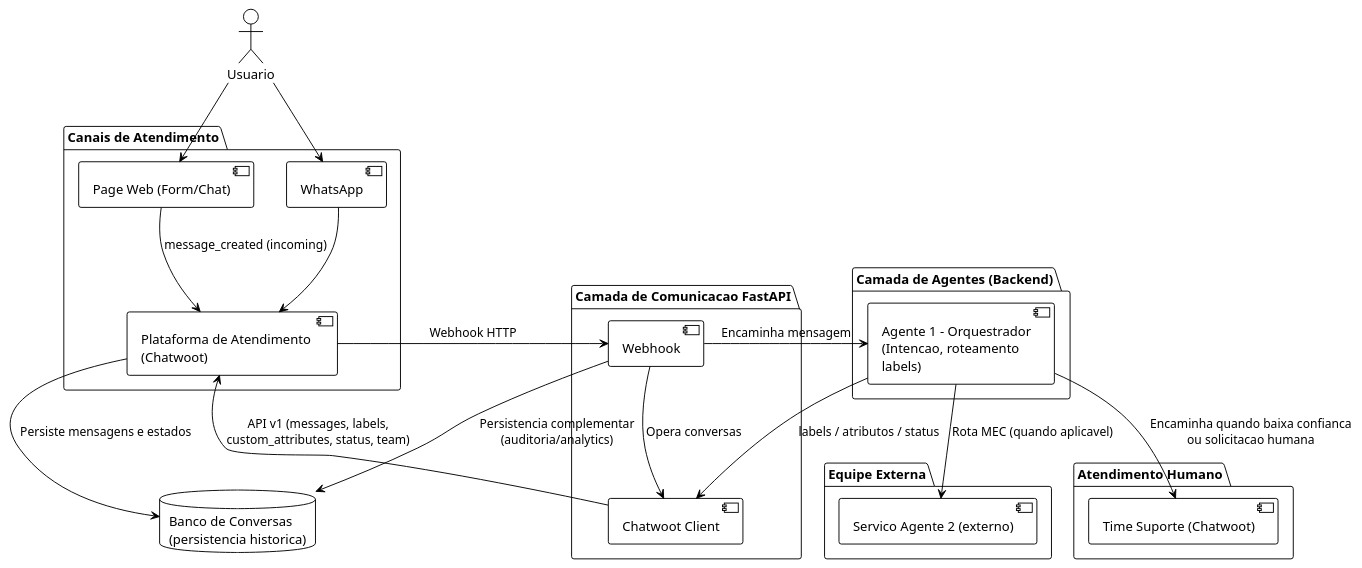
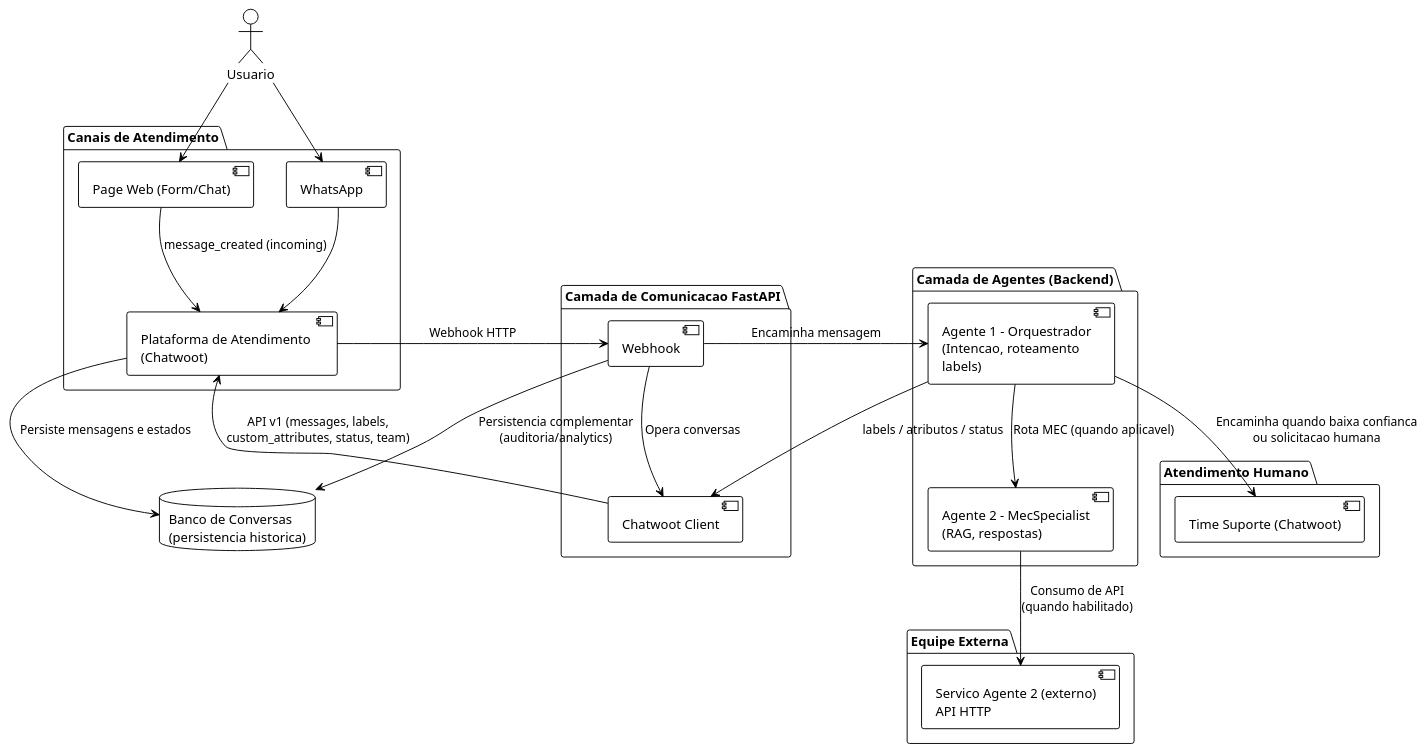
Before and after one commit to eltonsarmanho/FastAPIChatWoot: the diagram in Diagrama/Arquitetura.wsd, drawn with PlantUML.

Commit message:
feat: Update architecture diagram to clarify Agente2 and Agente2Externo roles

```diff
--- a/Diagrama/Arquitetura.wsd
+++ b/Diagrama/Arquitetura.wsd
@@ -1,55 +1,57 @@
 @startuml
 !theme plain
 top to bottom direction
 
 actor Usuario
 
 package "Canais de Atendimento" {
     component WebWidget as "Page Web (Form/Chat)"
     component WPP as "WhatsApp"
     component Chatwoot as "Plataforma de Atendimento \n(Chatwoot)"
 }
 
 package "Camada de Comunicacao FastAPI" {
     component FastAPIWebhook as "Webhook"
     component ChatwootClient as "Chatwoot Client"
 }
 
 package "Camada de Agentes (Backend)" {
     component Agente1 as "Agente 1 - Orquestrador\n(Intencao, roteamento\nlabels)"
+    component Agente2 as "Agente 2 - MecSpecialist\n(RAG, respostas)"
 }
 
 package "Equipe Externa" {
-    component Agente2Externo as "Servico Agente 2 (externo)"
+    component Agente2Externo as "Servico Agente 2 (externo)\nAPI HTTP"
 }
 
 package "Atendimento Humano" {
     component TimeSuporte as "Time Suporte (Chatwoot)"
 }
 
 database DBConversas as "Banco de Conversas\n(persistencia historica)"
 
 ' Entrada
 Usuario --> WebWidget
 Usuario --> WPP
 WPP --> Chatwoot
 WebWidget --> Chatwoot : message_created (incoming)
 Chatwoot --> FastAPIWebhook : Webhook HTTP
 
 ' Orquestracao
 FastAPIWebhook --> Agente1 : Encaminha mensagem
-Agente1 --> Agente2Externo : Rota MEC (quando aplicavel)
+Agente1 --> Agente2 : Rota MEC (quando aplicavel)
+Agente2 --> Agente2Externo : Consumo de API\n(quando habilitado)
 
 
 
 ' Persistencia e resposta no Chatwoot via cliente
 FastAPIWebhook --> ChatwootClient : Opera conversas
 Agente1 --> ChatwootClient : labels / atributos / status
 ChatwootClient --> Chatwoot : API v1 (messages, labels,\ncustom_attributes, status, team)
 Chatwoot --> DBConversas : Persiste mensagens e estados
 FastAPIWebhook --> DBConversas : Persistencia complementar\n(auditoria/analytics)
 
 ' Escalonamento
 Agente1 --> TimeSuporte : Encaminha quando baixa confianca\nou solicitacao humana
 
 @enduml
```
